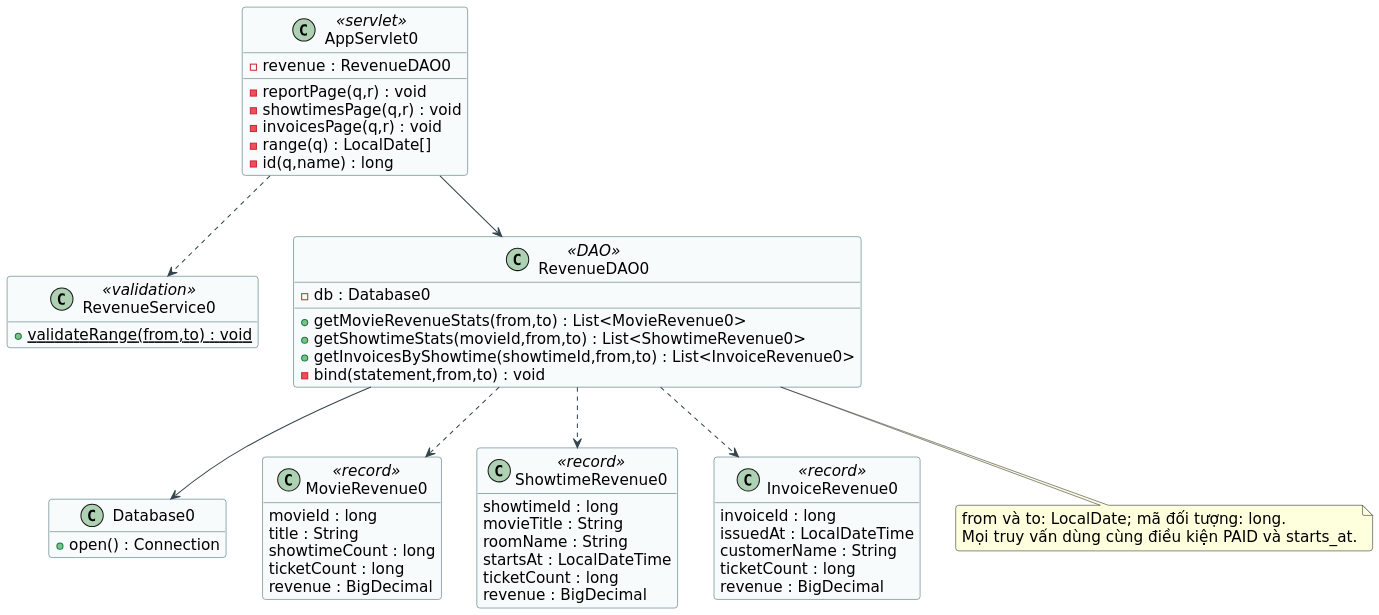
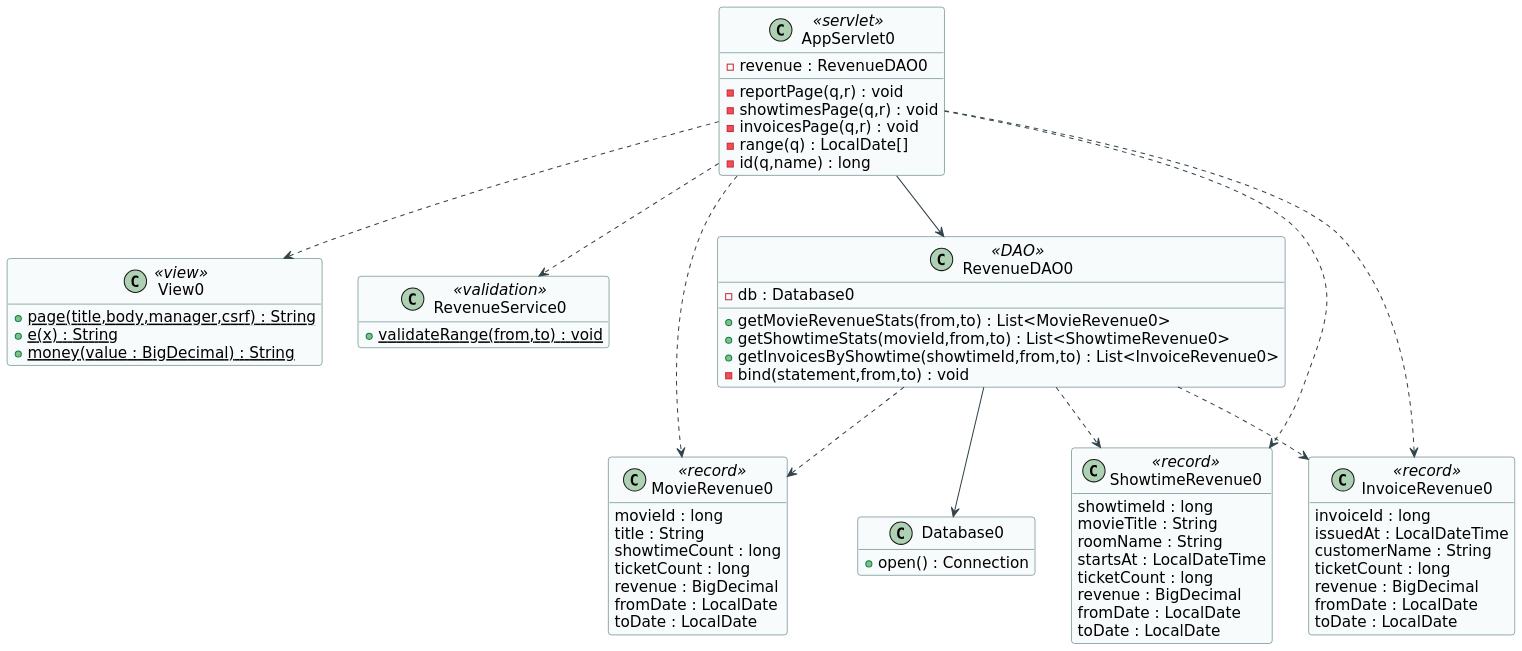
One commit to tinhatinh/PTTK changed the diagram in uml/thiet-ke/08-revenue-design.puml. Above: the diagram before and after it, drawn with PlantUML. The commit also changed 97 other files, not shown here.

Commit message:
Finalize CineMan analysis design diagrams and report

```diff
--- a/uml/thiet-ke/08-revenue-design.puml
+++ b/uml/thiet-ke/08-revenue-design.puml
@@ -1,68 +1,79 @@
 @startuml 08-revenue-design
 skinparam defaultFontName DejaVu Sans
 skinparam defaultFontSize 15
 skinparam shadowing false
 skinparam backgroundColor white
 skinparam ArrowColor #33444C
 skinparam classBackgroundColor #F8FBFB
 skinparam classBorderColor #335D64
 skinparam packageBorderColor #60757D
 skinparam roundcorner 6
 skinparam dpi 150
 skinparam maxMessageSize 180
 hide empty members
 top to bottom direction
 class AppServlet0 <<servlet>> {
  -revenue : RevenueDAO0
  -reportPage(q,r) : void
  -showtimesPage(q,r) : void
  -invoicesPage(q,r) : void
  -range(q) : LocalDate[]
  -id(q,name) : long
 }
+class View0 <<view>> {
+ +{static} page(title,body,manager,csrf) : String
+ +{static} e(x) : String
+ +{static} money(value : BigDecimal) : String
+}
 class RevenueService0 <<validation>> {
  +{static} validateRange(from,to) : void
 }
 class RevenueDAO0 <<DAO>> {
  -db : Database0
  +getMovieRevenueStats(from,to) : List<MovieRevenue0>
  +getShowtimeStats(movieId,from,to) : List<ShowtimeRevenue0>
  +getInvoicesByShowtime(showtimeId,from,to) : List<InvoiceRevenue0>
  -bind(statement,from,to) : void
 }
 class Database0 {
  +open() : Connection
 }
 class MovieRevenue0 <<record>> {
  movieId : long
 title : String
 showtimeCount : long
 ticketCount : long
 revenue : BigDecimal
+fromDate : LocalDate
+toDate : LocalDate
 }
 class ShowtimeRevenue0 <<record>> {
  showtimeId : long
 movieTitle : String
 roomName : String
 startsAt : LocalDateTime
 ticketCount : long
 revenue : BigDecimal
+fromDate : LocalDate
+toDate : LocalDate
 }
 class InvoiceRevenue0 <<record>> {
  invoiceId : long
 issuedAt : LocalDateTime
 customerName : String
 ticketCount : long
 revenue : BigDecimal
+fromDate : LocalDate
+toDate : LocalDate
 }
+AppServlet0 ..> View0
+AppServlet0 ..> MovieRevenue0
+AppServlet0 ..> ShowtimeRevenue0
+AppServlet0 ..> InvoiceRevenue0
 AppServlet0 ..> RevenueService0
 AppServlet0 --> RevenueDAO0
 RevenueDAO0 --> Database0
 RevenueDAO0 ..> MovieRevenue0
 RevenueDAO0 ..> ShowtimeRevenue0
 RevenueDAO0 ..> InvoiceRevenue0
-note bottom of RevenueDAO0
-from và to: LocalDate; mã đối tượng: long.
-Mọi truy vấn dùng cùng điều kiện PAID và starts_at.
-end note
 @enduml
```
